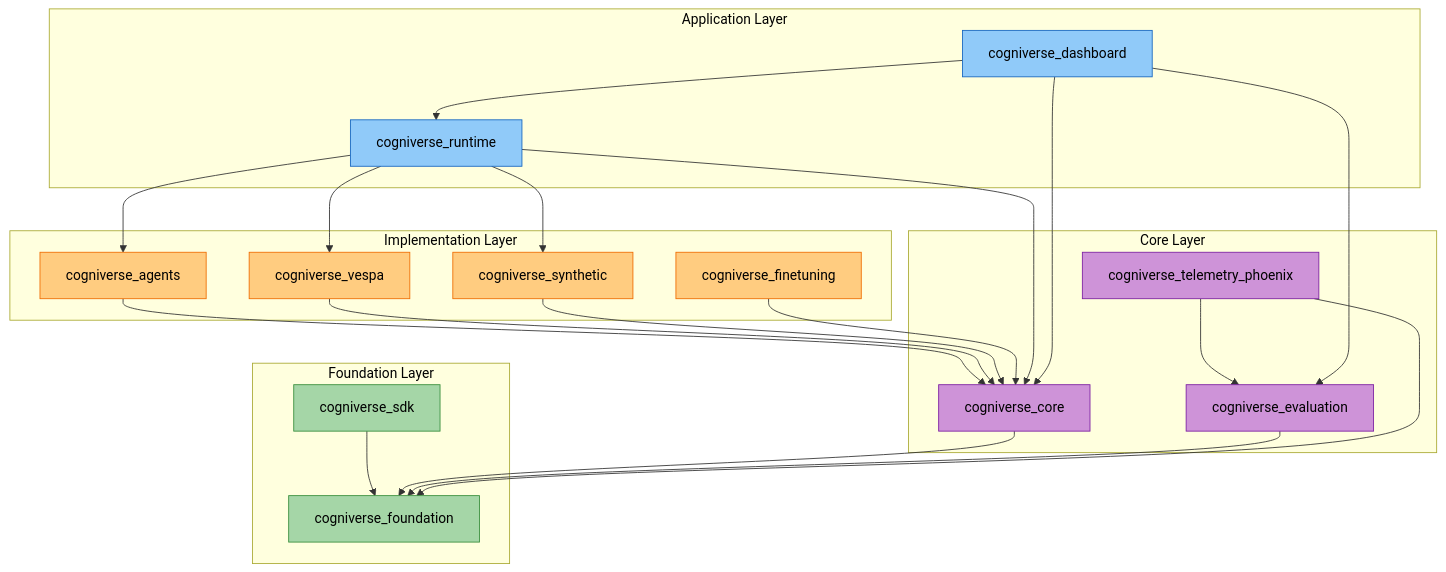
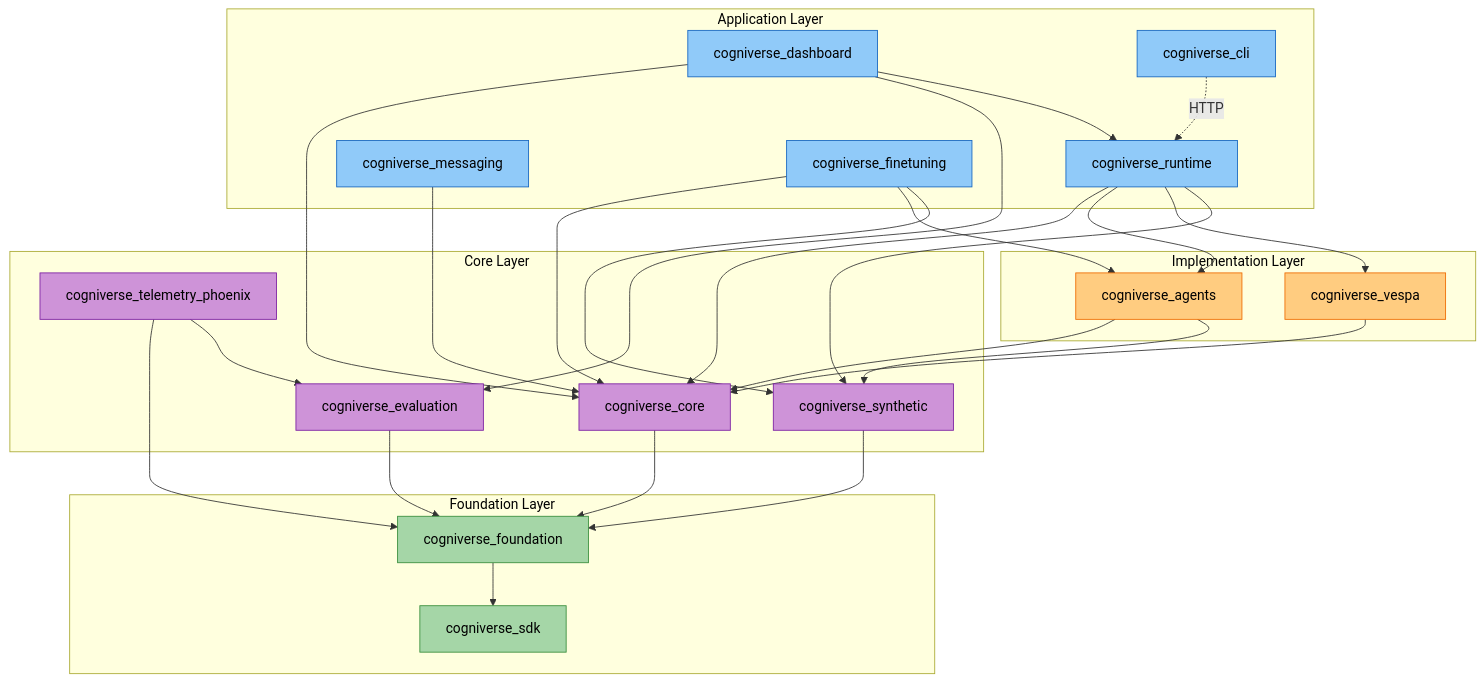
Before and after one commit to amit-jain/cogniverse: the second of 20 diagrams in docs/diagrams/sdk-architecture-diagrams.md, drawn with Mermaid. The commit also changed other lines of this file and 19 other files, not shown here.

````diff
--- a/docs/diagrams/sdk-architecture-diagrams.md
+++ b/docs/diagrams/sdk-architecture-diagrams.md
@@ -93,68 +102,77 @@
 ```mermaid
 flowchart TB
     subgraph FoundationLayer["<span style='color:#000'>Foundation Layer</span>"]
         SDK["<span style='color:#000'>cogniverse_sdk</span>"]
         FoundationPkg["<span style='color:#000'>cogniverse_foundation</span>"]
     end
 
     subgraph CoreLayer["<span style='color:#000'>Core Layer</span>"]
         Core["<span style='color:#000'>cogniverse_core</span>"]
         Evaluation["<span style='color:#000'>cogniverse_evaluation</span>"]
         Phoenix["<span style='color:#000'>cogniverse_telemetry_phoenix</span>"]
+        Synthetic["<span style='color:#000'>cogniverse_synthetic</span>"]
     end
 
     subgraph ImplLayer["<span style='color:#000'>Implementation Layer</span>"]
         Agents["<span style='color:#000'>cogniverse_agents</span>"]
         Vespa["<span style='color:#000'>cogniverse_vespa</span>"]
-        Synthetic["<span style='color:#000'>cogniverse_synthetic</span>"]
-        Finetuning["<span style='color:#000'>cogniverse_finetuning</span>"]
     end
 
     subgraph AppLayer["<span style='color:#000'>Application Layer</span>"]
         Runtime["<span style='color:#000'>cogniverse_runtime</span>"]
         Dashboard["<span style='color:#000'>cogniverse_dashboard</span>"]
+        Messaging["<span style='color:#000'>cogniverse_messaging</span>"]
+        Finetuning["<span style='color:#000'>cogniverse_finetuning</span>"]
+        Cli["<span style='color:#000'>cogniverse_cli</span>"]
     end
 
     %% Foundation dependencies
-    SDK --> FoundationPkg
+    FoundationPkg --> SDK
 
     %% Core to Foundation
     Core --> FoundationPkg
     Evaluation --> FoundationPkg
     Phoenix --> FoundationPkg
     Phoenix --> Evaluation
+    Synthetic --> FoundationPkg
 
     %% Implementation to Core
     Agents --> Core
+    Agents --> Synthetic
     Vespa --> Core
-    Synthetic --> Core
-    Finetuning --> Core
 
     %% Application to Implementation/Core
     Runtime --> Core
     Runtime --> Agents
     Runtime --> Vespa
     Runtime --> Synthetic
     Dashboard --> Core
     Dashboard --> Evaluation
     Dashboard --> Runtime
+    Messaging --> Core
+    Finetuning --> Core
+    Finetuning --> Agents
+    Finetuning --> Synthetic
+    Cli -.->|HTTP| Runtime
 
     %% Foundation Layer (green)
     style SDK fill:#a5d6a7,stroke:#388e3c,color:#000
     style FoundationPkg fill:#a5d6a7,stroke:#388e3c,color:#000
 
     %% Core Layer (purple)
     style Core fill:#ce93d8,stroke:#7b1fa2,color:#000
     style Evaluation fill:#ce93d8,stroke:#7b1fa2,color:#000
     style Phoenix fill:#ce93d8,stroke:#7b1fa2,color:#000
+    style Synthetic fill:#ce93d8,stroke:#7b1fa2,color:#000
 
     %% Implementation Layer (orange)
     style Agents fill:#ffcc80,stroke:#ef6c00,color:#000
     style Vespa fill:#ffcc80,stroke:#ef6c00,color:#000
-    style Synthetic fill:#ffcc80,stroke:#ef6c00,color:#000
-    style Finetuning fill:#ffcc80,stroke:#ef6c00,color:#000
 
     %% Application Layer (blue)
     style Runtime fill:#90caf9,stroke:#1565c0,color:#000
     style Dashboard fill:#90caf9,stroke:#1565c0,color:#000
+    style Messaging fill:#90caf9,stroke:#1565c0,color:#000
+    style Finetuning fill:#90caf9,stroke:#1565c0,color:#000
+    style Cli fill:#90caf9,stroke:#1565c0,color:#000
 ```
````
